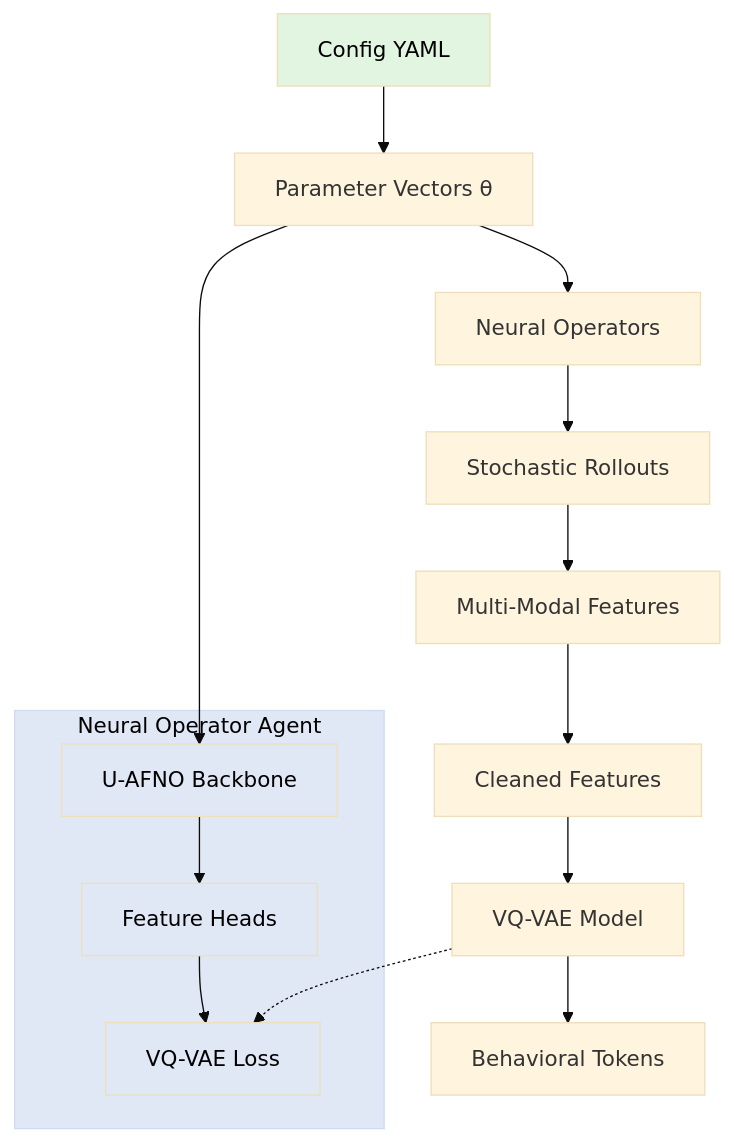
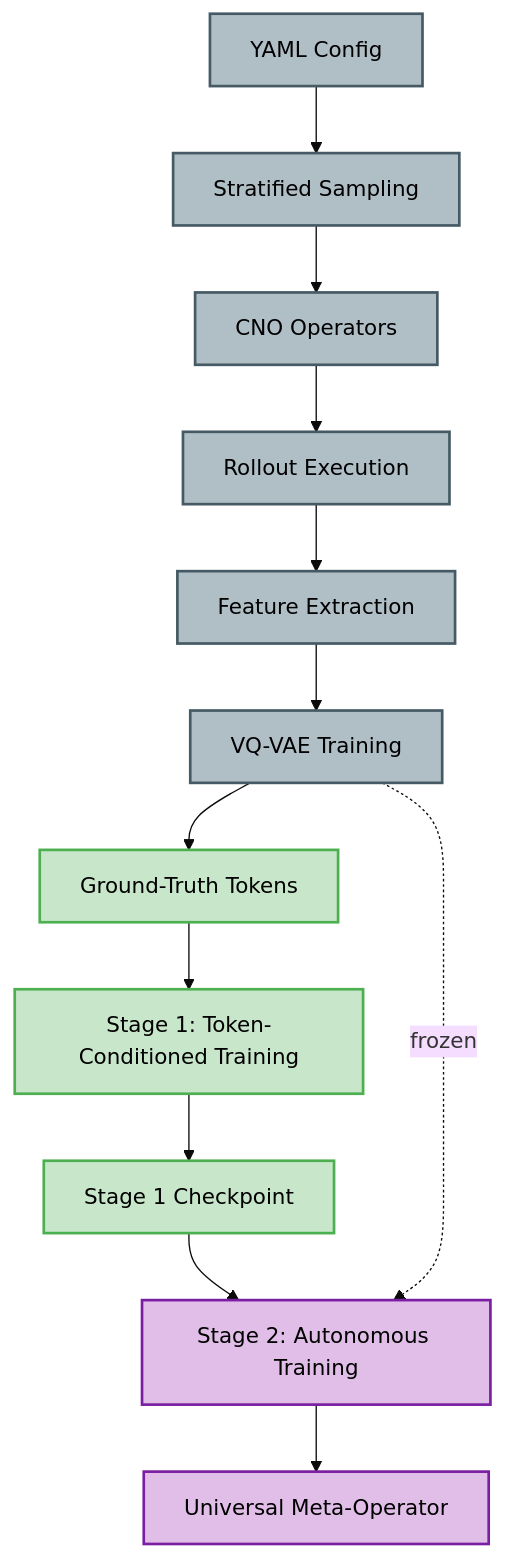
One commit to dgabriele/spinlock changed the first of 2 diagrams in docs/architecture.md. Above: the diagram before and after it, drawn with Mermaid (base theme). The commit also changed other lines of this file and 31 other files, not shown here.

First line of the commit message:
docs: complete Stage 2 investigation and identify architectural limitations

````diff
--- a/docs/architecture.md
+++ b/docs/architecture.md
@@ -311,36 +9,24 @@
 ```mermaid
-flowchart TD
-    Config[Config YAML]
-    Params[Parameter Vectors θ]
-    Operators[Neural Operators]
+flowchart TB
+    Config[YAML Config] --> Sampling[Stratified Sampling]
+    Sampling --> CNOs[CNO Operators]
+    CNOs --> Rollouts[Rollout Execution]
+    Rollouts --> Extract[Feature Extraction]
+    Extract --> VQVAE[VQ-VAE Training]
 
-    Rollouts[Stochastic Rollouts]
-    Features[Multi-Modal Features]
+    VQVAE --> GTTokens[Ground-Truth Tokens]
+    GTTokens --> Stage1[Stage 1: Token-Conditioned Training]
+    Stage1 --> Checkpoint[Stage 1 Checkpoint]
 
-    Cleaned[Cleaned Features]
-    VQVAE[VQ-VAE Model]
+    Checkpoint --> Stage2[Stage 2: Autonomous Training]
+    VQVAE -.->|frozen| Stage2
+    Stage2 --> Final[Universal Meta-Operator]
 
-    Tokens[Behavioral Tokens]
+    classDef phase1 fill:#b0bec5,stroke:#455a64,stroke-width:2px,color:#000
+    classDef phase2stage1 fill:#c8e6c9,stroke:#4caf50,stroke-width:2px,color:#000
+    classDef phase2stage2 fill:#e1bee7,stroke:#7b1fa2,stroke-width:2px,color:#000
 
-    subgraph NOA[Neural Operator Agent]
-        UAFNO[U-AFNO Backbone]
-        Heads[Feature Heads]
-        VQLoss[VQ-VAE Loss]
-    end
-
-    Config --> Params --> Operators
-    Operators --> Rollouts --> Features
-    Features --> Cleaned --> VQVAE
-    VQVAE --> Tokens
-
-    Params --> UAFNO
-    UAFNO --> Heads
-    Heads --> VQLoss
-    VQVAE -.-> VQLoss
-
-    style Config fill:#e1f5e1,color:#000
-    style NOA fill:#e1e8f5,color:#000
-    style UAFNO fill:#e1e8f5,color:#000
-    style Heads fill:#e1e8f5,color:#000
-    style VQLoss fill:#e1e8f5,color:#000
+    class Config,Sampling,CNOs,Rollouts,Extract,VQVAE phase1
+    class GTTokens,Stage1,Checkpoint phase2stage1
+    class Stage2,Final phase2stage2
 ```
````
